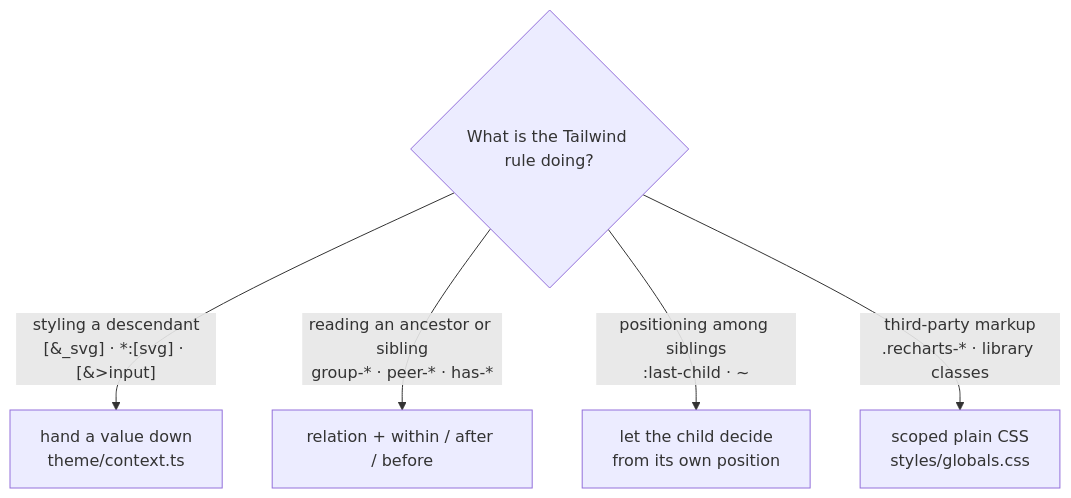
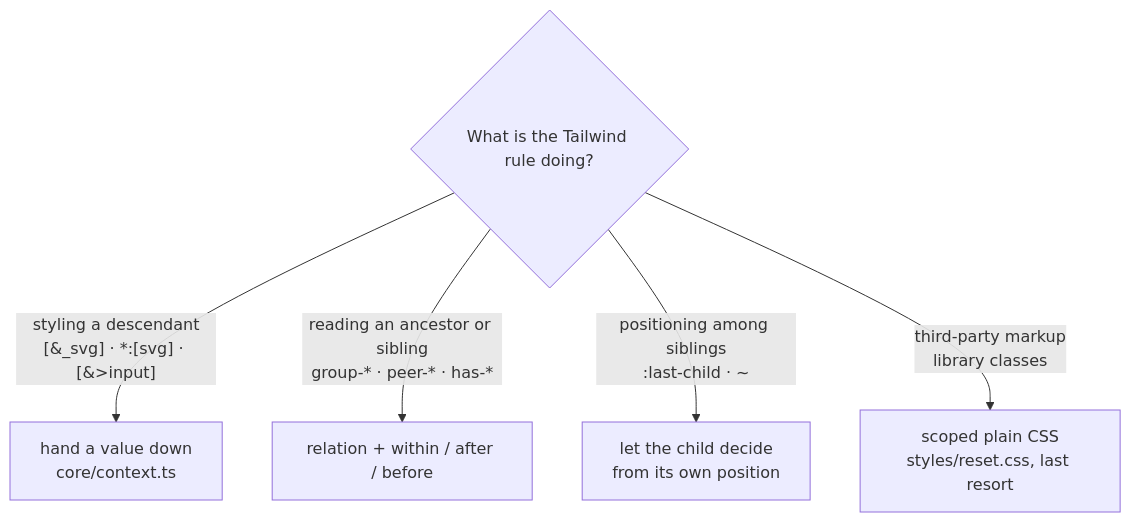
One commit to kirana-style/kirana-ui changed the second of 3 diagrams in docs/porting-from-tailwind.md. Above: the diagram before and after it, drawn with Mermaid. The commit also changed other lines of this file and 677 other files, not shown here.

````diff
--- a/docs/porting-from-tailwind.md
+++ b/docs/porting-from-tailwind.md
@@ -135,8 +135,8 @@
 ```mermaid
 flowchart TD
     Q{"What is the Tailwind rule doing?"}
-    Q -->|"styling a descendant<br/>[&_svg] · *:[svg] · [&>input]"| A["hand a value down<br/>theme/context.ts"]
+    Q -->|"styling a descendant<br/>[&_svg] · *:[svg] · [&>input]"| A["hand a value down<br/>core/context.ts"]
     Q -->|"reading an ancestor or sibling<br/>group-* · peer-* · has-*"| B["relation + within / after / before"]
     Q -->|"positioning among siblings<br/>:last-child · ~"| C["let the child decide<br/>from its own position"]
-    Q -->|"third-party markup<br/>.recharts-* · library classes"| D["scoped plain CSS<br/>styles/globals.css"]
+    Q -->|"third-party markup<br/>library classes"| D["scoped plain CSS<br/>styles/reset.css, last resort"]
 ```
````
